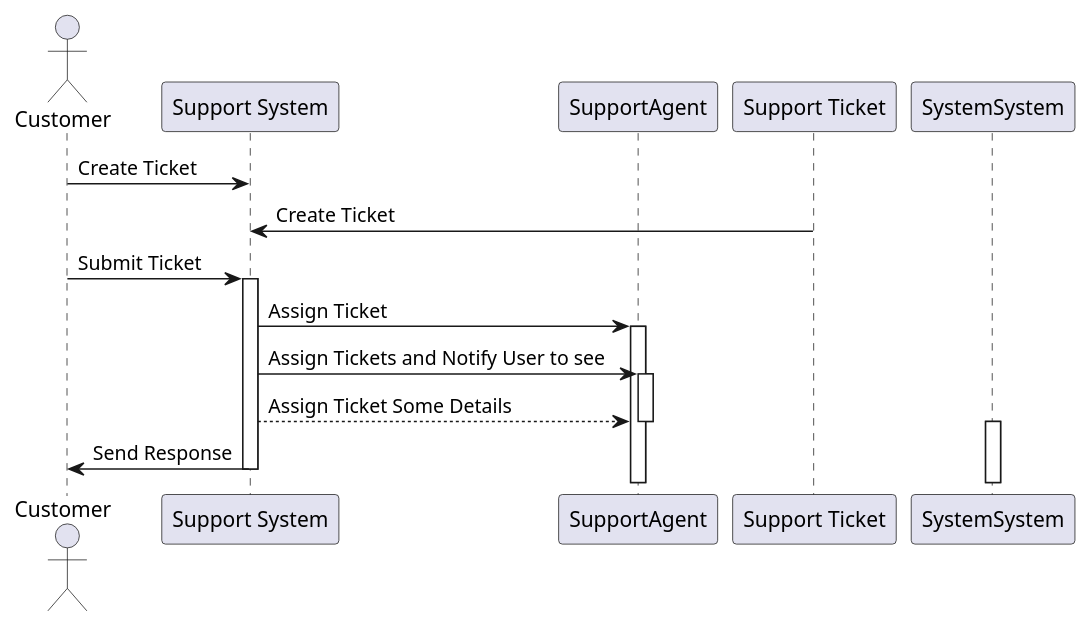
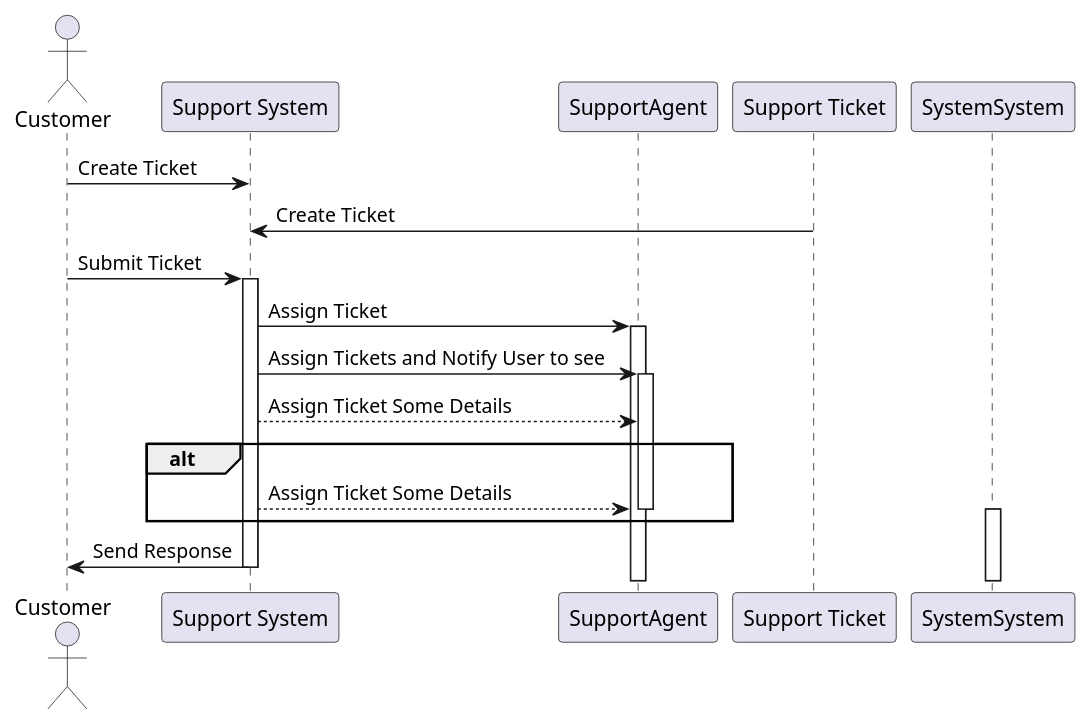
The diagram in diagrams/s.puml (alladin7000/alladin7000.github.io), drawn with PlantUML before and after one commit.

Commit message:
Aded alt

```diff
--- a/diagrams/s.puml
+++ b/diagrams/s.puml
@@ -1,22 +1,24 @@
 @startuml
 actor Customer
 participant "Support System" as System
 participant "SupportAgent"
 participant "Support Ticket" as Ticket
 Customer -> System : Create Ticket
 Ticket -> System : Create Ticket
 Customer -> System : Submit Ticket
 activate System
 
 System -> SupportAgent : Assign Ticket
 activate SupportAgent
 
 System -> SupportAgent : Assign Tickets and Notify User to see 
 activate SupportAgent
 System --> SupportAgent : Assign Ticket Some Details
+alt
+System --> SupportAgent : Assign Ticket Some Details
 deactivate SupportAgent
 activate SystemSystem
-
+end
 System -> Customer : Send Response
 deactivate System
 @enduml
```
